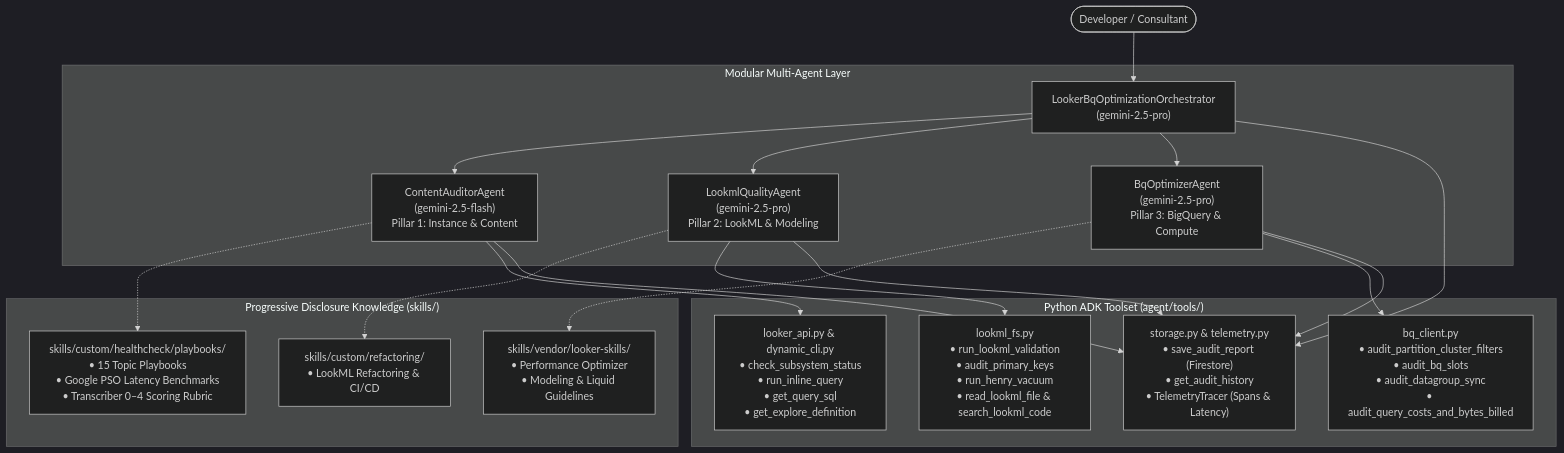
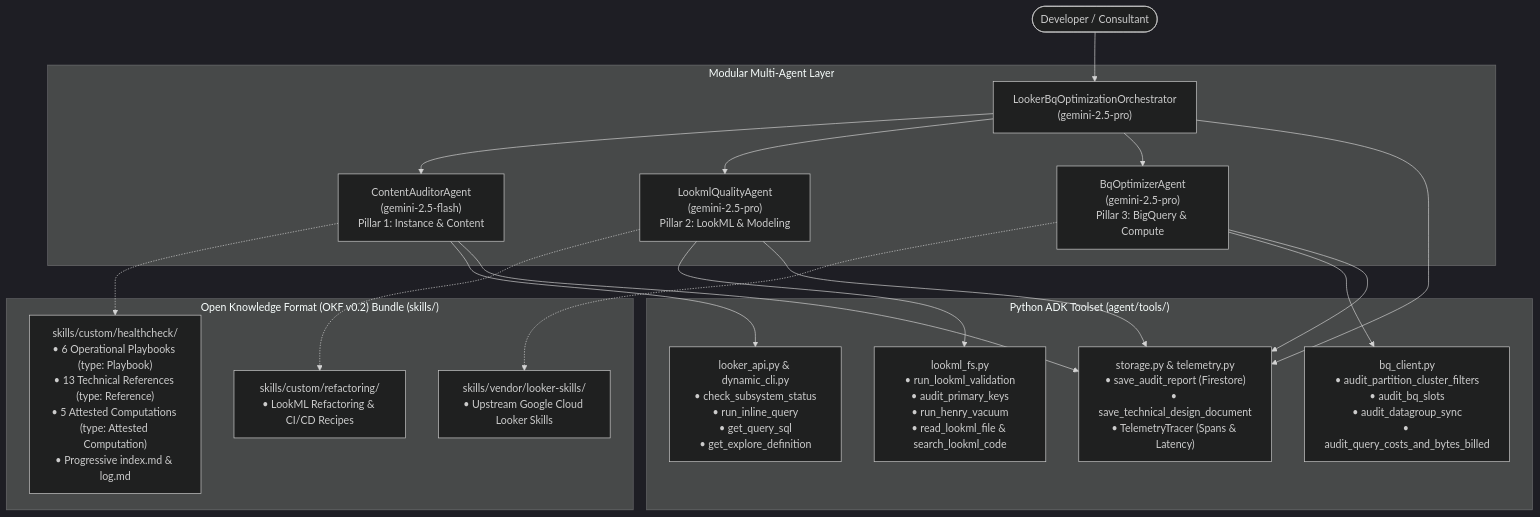
The diagram in README.md (sam-pitcher/looker-healthcheck-skills), drawn with Mermaid (dark theme) before and after one commit. The commit also changed other lines of this file and 61 other files, not shown here.

First line of the commit message:
feat(okf): standardize knowledge catalog to Open Knowledge Format (OKF v0.2)

````diff
--- a/README.md
+++ b/README.md
@@ -38,35 +39,35 @@
 ```mermaid
 graph TD
     USER(["Developer / Consultant"]) --> ROOT["LookerBqOptimizationOrchestrator<br/>(gemini-2.5-pro)"]
 
     subgraph Multi_Agent_Layer["Modular Multi-Agent Layer"]
         ROOT --> SUB1["ContentAuditorAgent<br/>(gemini-2.5-flash)<br/>Pillar 1: Instance & Content"]
         ROOT --> SUB2["LookmlQualityAgent<br/>(gemini-2.5-pro)<br/>Pillar 2: LookML & Modeling"]
         ROOT --> SUB3["BqOptimizerAgent<br/>(gemini-2.5-pro)<br/>Pillar 3: BigQuery & Compute"]
     end
 
-    subgraph Progressive_Skills["Progressive Disclosure Knowledge (skills/)"]
-        SKILL1["skills/custom/healthcheck/playbooks/<br/>• 15 Topic Playbooks<br/>• Google PSO Latency Benchmarks<br/>• Transcriber 0–4 Scoring Rubric"]
-        SKILL2["skills/custom/refactoring/<br/>• LookML Refactoring & CI/CD"]
-        SKILL3["skills/vendor/looker-skills/<br/>• Performance Optimizer<br/>• Modeling & Liquid Guidelines"]
+    subgraph OKF_Knowledge_Bundle["Open Knowledge Format (OKF v0.2) Bundle (skills/)"]
+        SKILL1["skills/custom/healthcheck/<br/>• 6 Operational Playbooks (type: Playbook)<br/>• 13 Technical References (type: Reference)<br/>• 5 Attested Computations (type: Attested Computation)<br/>• Progressive index.md & log.md"]
+        SKILL2["skills/custom/refactoring/<br/>• LookML Refactoring & CI/CD Recipes"]
+        SKILL3["skills/vendor/looker-skills/<br/>• Upstream Google Cloud Looker Skills"]
     end
 
     subgraph Deterministic_Tools["Python ADK Toolset (agent/tools/)"]
         TOOL1["looker_api.py & dynamic_cli.py<br/>• check_subsystem_status<br/>• run_inline_query<br/>• get_query_sql<br/>• get_explore_definition"]
         TOOL2["lookml_fs.py<br/>• run_lookml_validation<br/>• audit_primary_keys<br/>• run_henry_vacuum<br/>• read_lookml_file & search_lookml_code"]
         TOOL3["bq_client.py<br/>• audit_partition_cluster_filters<br/>• audit_bq_slots<br/>• audit_datagroup_sync<br/>• audit_query_costs_and_bytes_billed"]
-        TOOL4["storage.py & telemetry.py<br/>• save_audit_report (Firestore)<br/>• get_audit_history<br/>• TelemetryTracer (Spans & Latency)"]
+        TOOL4["storage.py & telemetry.py<br/>• save_audit_report (Firestore)<br/>• save_technical_design_document<br/>• TelemetryTracer (Spans & Latency)"]
     end
 
     SUB1 -.-> SKILL1
     SUB2 -.-> SKILL2
     SUB3 -.-> SKILL3
 
     SUB1 --> TOOL1
     SUB2 --> TOOL2
     SUB3 --> TOOL3
     ROOT --> TOOL4
     SUB1 --> TOOL4
     SUB2 --> TOOL4
     SUB3 --> TOOL4
 ```
````
